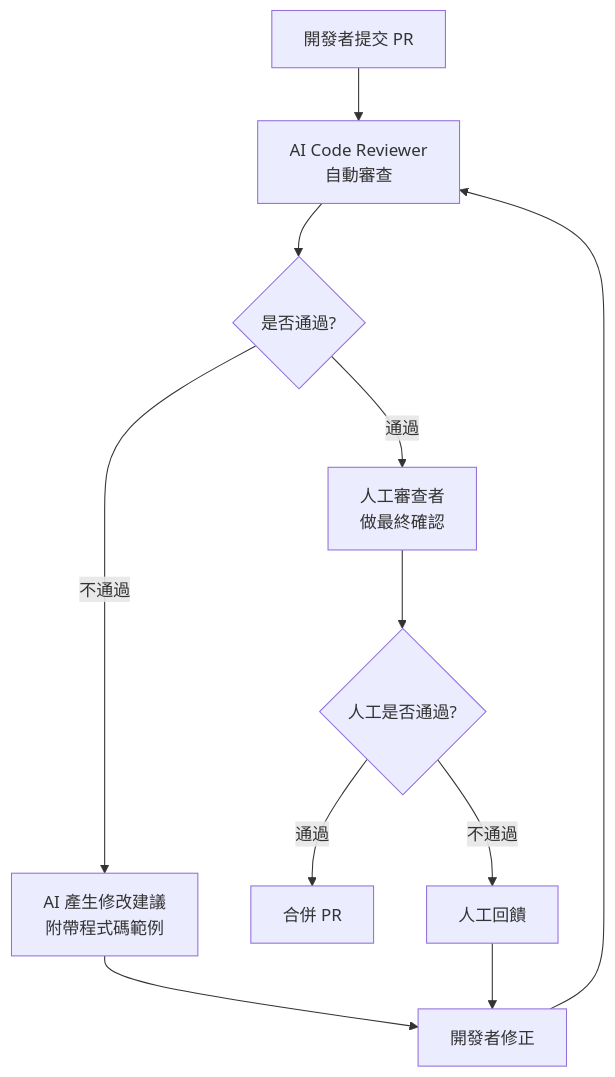
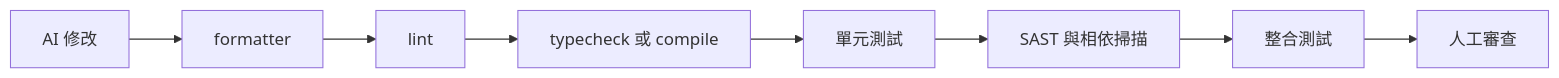
The eighth of 13 diagrams in content/posts/教學/AI開發/opencode生態系教學手冊.md (chihhung/Blog), drawn with Mermaid before and after one commit. The commit also changed other lines of this file and 4 other files, not shown here.

````diff
--- a/content/posts/教學/AI開發/opencode生態系教學手冊.md
+++ b/content/posts/教學/AI開發/opencode生態系教學手冊.md
@@ -3643,13 +3710,10 @@
 ```mermaid
-graph TB
-    A["開發者提交 PR"] --> B["AI Code Reviewer<br/>自動審查"]
-    B --> C{"是否通過?"}
-    C -->|"通過"| D["人工審查者<br/>做最終確認"]
-    C -->|"不通過"| E["AI 產生修改建議<br/>附帶程式碼範例"]
-    E --> F["開發者修正"]
-    F --> B
-    D --> G{"人工是否通過?"}
-    G -->|"通過"| H["合併 PR"]
-    G -->|"不通過"| I["人工回饋"]
-    I --> F
+flowchart LR
+    A["AI 修改"] --> B["formatter"]
+    B --> C["lint"]
+    C --> D["typecheck 或 compile"]
+    D --> E["單元測試"]
+    E --> F["SAST 與相依掃描"]
+    F --> G["整合測試"]
+    G --> H["人工審查"]
 ```
````
